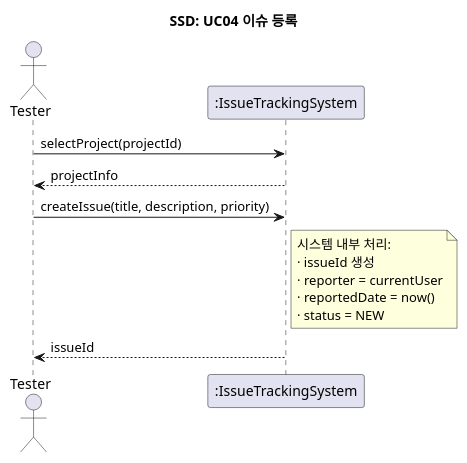
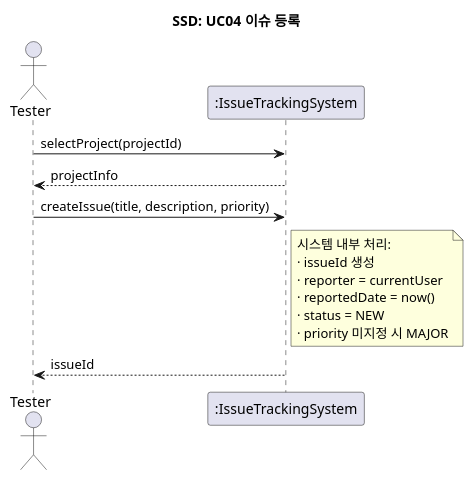
The diagram in docs/analysis/ssd/ssd_uc04_register_issue.puml (SoftwareEngineeringTeam10/SE-IssueTrackingSystem), drawn with PlantUML before and after one commit. The commit also changed 3 other files, not shown here.

```diff
--- a/docs/analysis/ssd/ssd_uc04_register_issue.puml
+++ b/docs/analysis/ssd/ssd_uc04_register_issue.puml
@@ -1,20 +1,21 @@
 @startuml SSD_UC04_RegisterIssue
 title SSD: UC04 이슈 등록
 
 actor Tester as t
 participant ":IssueTrackingSystem" as sys
 
 t -> sys : selectProject(projectId)
 sys --> t : projectInfo
 
 t -> sys : createIssue(title, description, priority)
 note right of sys
   시스템 내부 처리:
   · issueId 생성
   · reporter = currentUser
   · reportedDate = now()
   · status = NEW
+  · priority 미지정 시 MAJOR
 end note
 sys --> t : issueId
 
 @enduml
```
